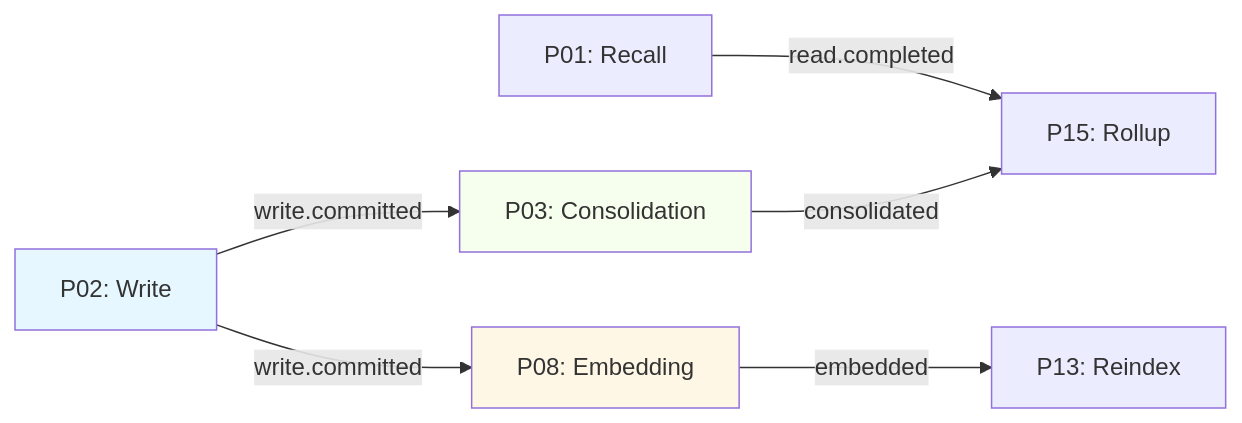
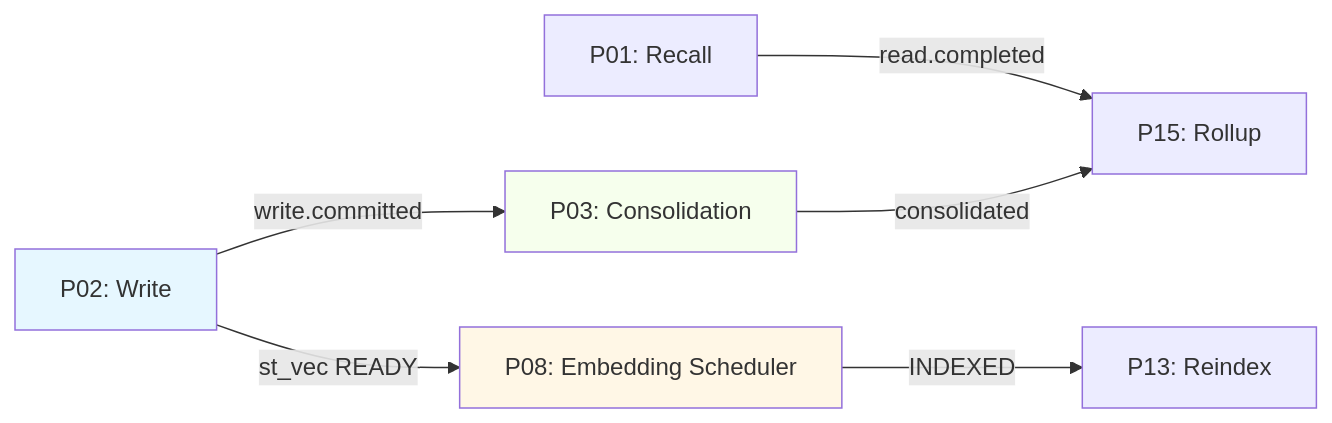
One commit to Pkansagra-hub/family-os changed the third of 8 diagrams in k0/pipelines/k0_architecture_master.md. Above: the diagram before and after it, drawn with Mermaid. The commit also changed other lines of this file and 51 other files, not shown here.

First line of the commit message:
Add unit tests for embedding_write and faiss_indexer modules

````diff
--- a/k0/pipelines/k0_architecture_master.md
+++ b/k0/pipelines/k0_architecture_master.md
@@ -1656,12 +1656,12 @@
 ```mermaid
 graph LR
     P01[P01: Recall] -->|read.completed| P15[P15: Rollup]
     P02[P02: Write] -->|write.committed| P03[P03: Consolidation]
     P03 -->|consolidated| P15
-    P02 -->|write.committed| P08[P08: Embedding]
-    P08 -->|embedded| P13[P13: Reindex]
+    P02 -->|st_vec READY| P08[P08: Embedding Scheduler]
+    P08 -->|INDEXED| P13[P13: Reindex]
 
     style P02 fill:#e6f7ff
     style P03 fill:#f6ffed
     style P08 fill:#fff7e6
 ```
````
